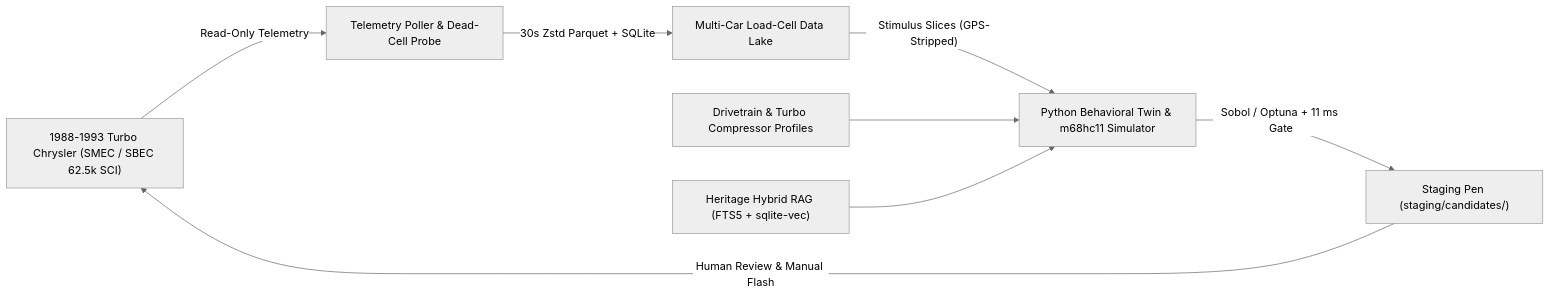
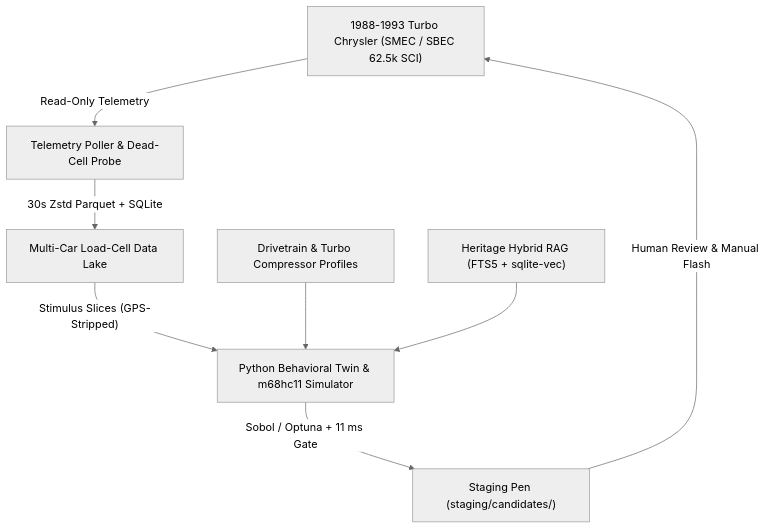
The diagram in README.md (FrankXLT/logic-aide), drawn with Mermaid (neutral theme) before and after one commit.

Commit message:
Change flowchart direction from LR to TB
Updated flowchart direction in system architecture section.

````diff
--- a/README.md
+++ b/README.md
@@ -21,10 +21,10 @@
 ```mermaid
-flowchart LR
+flowchart TB
     Car["1988-1993 Turbo Chrysler (SMEC / SBEC 62.5k SCI)"] -->|"Read-Only Telemetry"| Poller["Telemetry Poller & Dead-Cell Probe"]
     Poller -->|"30s Zstd Parquet + SQLite"| Lake["Multi-Car Load-Cell Data Lake"]
     Lake -->|"Stimulus Slices (GPS-Stripped)"| Twin["Python Behavioral Twin & m68hc11 Simulator"]
     Profiles["Drivetrain & Turbo Compressor Profiles"] --> Twin
     Heritage["Heritage Hybrid RAG (FTS5 + sqlite-vec)"] --> Twin
     Twin -->|"Sobol / Optuna + 11 ms Gate"| Pen["Staging Pen (staging/candidates/)"]
     Pen -->|"Human Review & Manual Flash"| Car
 ```
````
